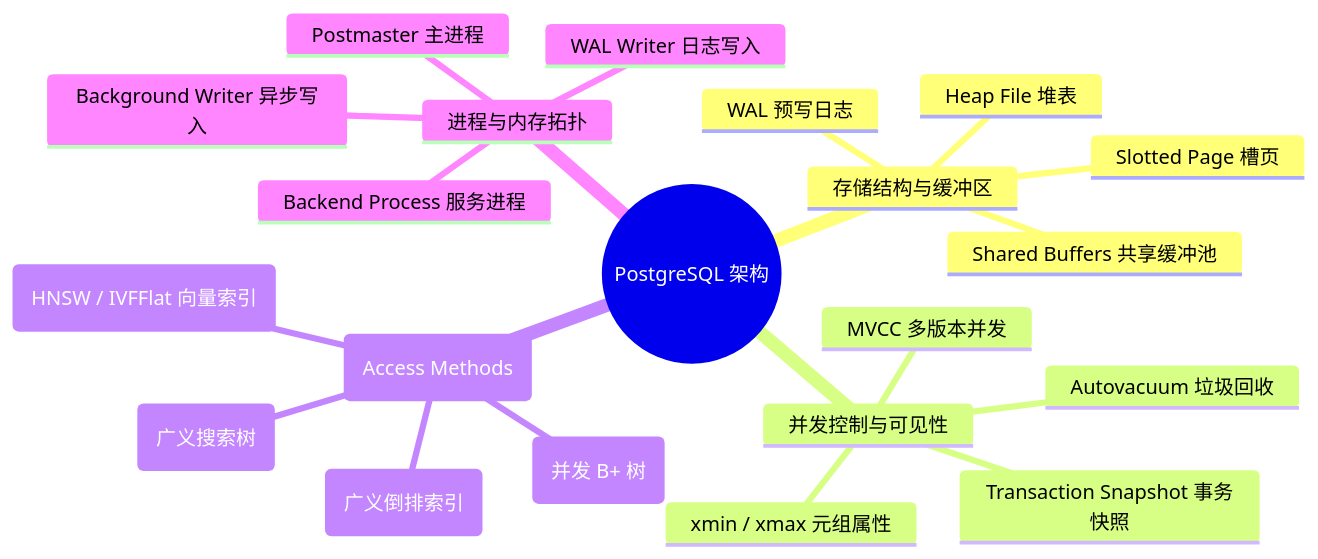
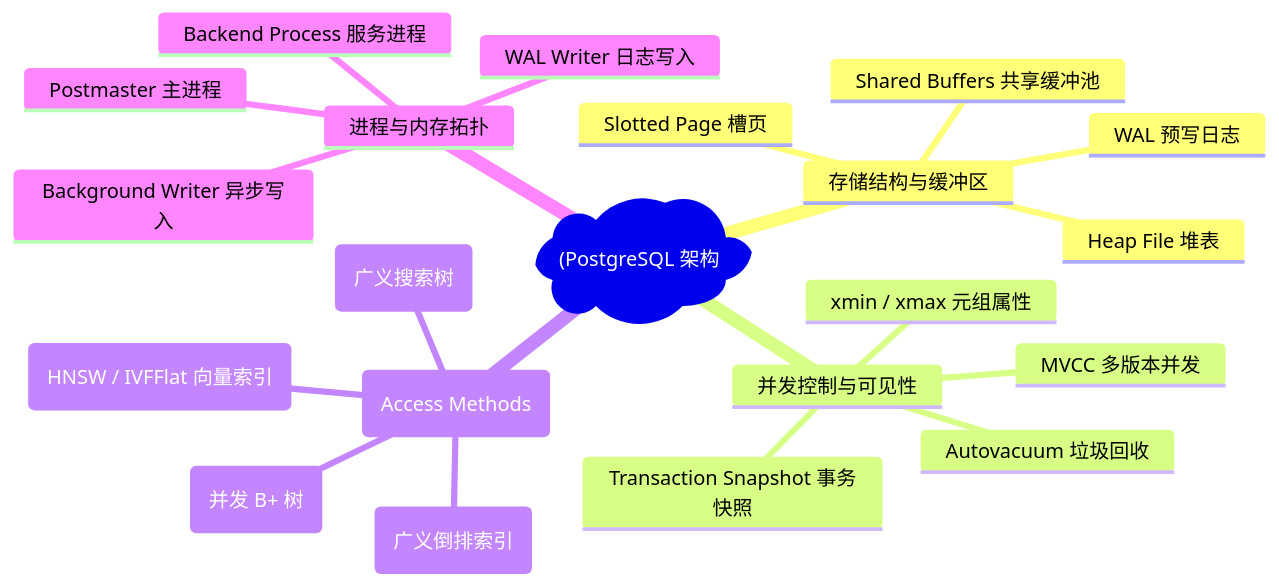
Before and after one commit to koosai/AI-Architect-Learning: the first of 8 diagrams in docs/atlas/postgresql.mdx, drawn with Mermaid. The commit also changed other lines of this file and 187 other files, not shown here.

Commit message:
fix(mermaid): fix all unquoted parens and edge label syntax errors across all docs

````diff
--- a/docs/atlas/postgresql.mdx
+++ b/docs/atlas/postgresql.mdx
@@ -80,24 +80,24 @@
 ```mermaid
 mindmap
-  root((PostgreSQL 架构))
+  root("(PostgreSQL 架构"))
     存储结构与缓冲区
       Heap File 堆表
       Slotted Page 槽页
       Shared Buffers 共享缓冲池
       WAL 预写日志
     并发控制与可见性
       MVCC 多版本并发
       xmin / xmax 元组属性
       Transaction Snapshot 事务快照
       Autovacuum 垃圾回收
     索引引擎 (Access Methods)
-      nbtree (并发 B+ 树)
+      nbtree("并发 B+ 树")
       GIN (广义倒排索引)
       GiST (广义搜索树)
       pgvector (HNSW / IVFFlat 向量索引)
     进程与内存拓扑
       Postmaster 主进程
       Backend Process 服务进程
       Background Writer 异步写入
       WAL Writer 日志写入
 ```
````
